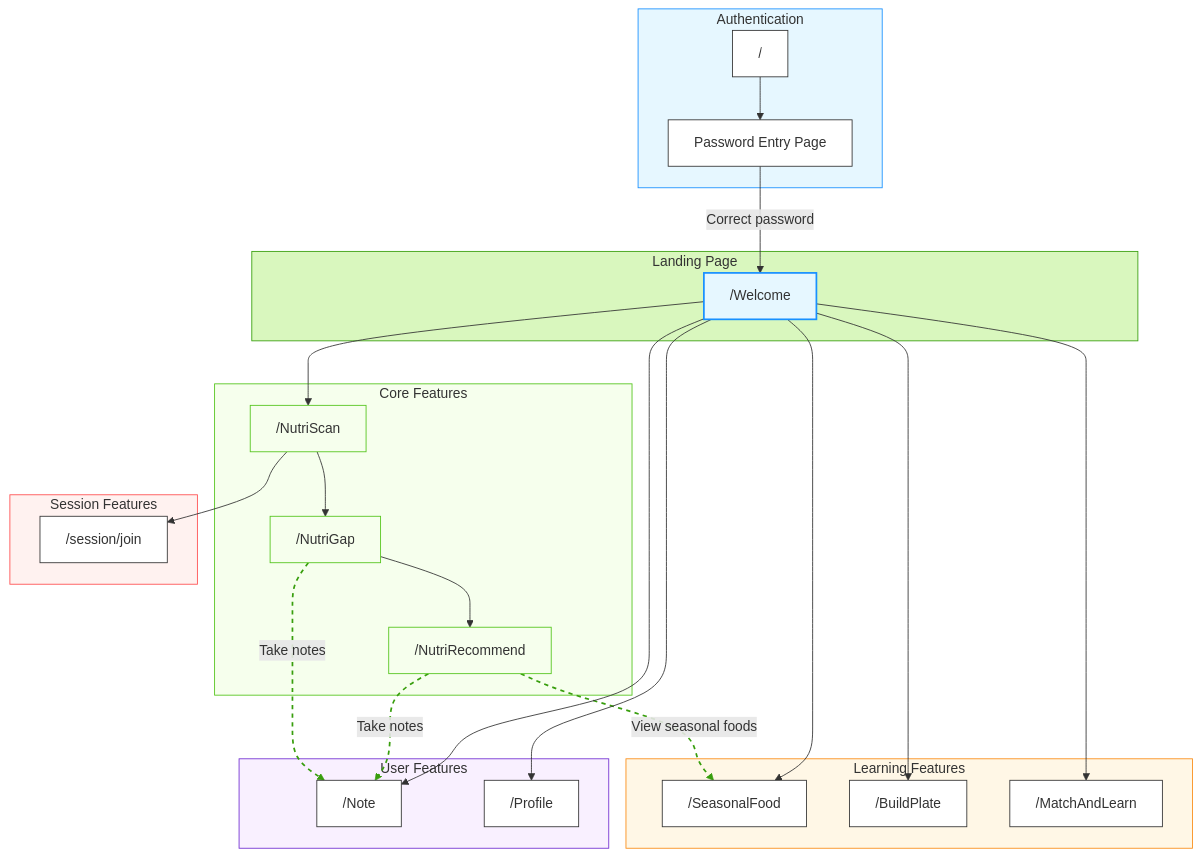
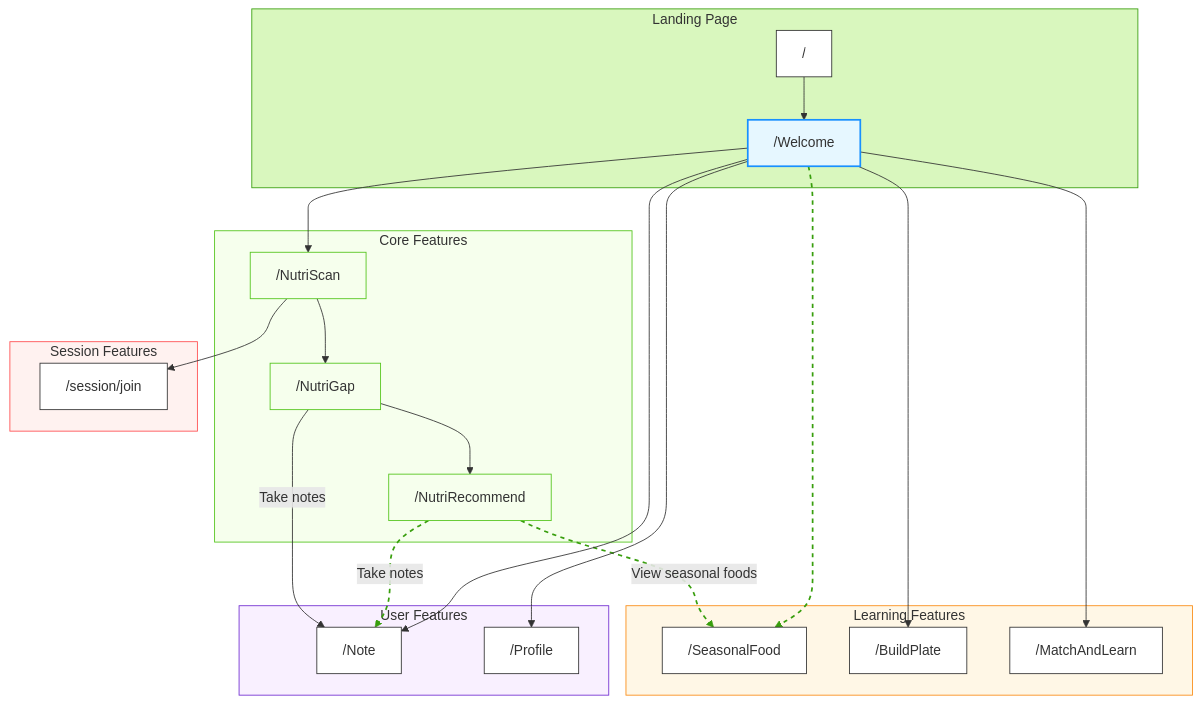
Before and after one commit to FIT5120-TA02/NutriPeek-frontend: the diagram in sitemap.md, drawn with Mermaid. The commit also changed 3 other files, not shown here.

Commit message:
Remove password authentication and redirect root to Welcome page

````diff
--- a/sitemap.md
+++ b/sitemap.md
@@ -1,65 +1,58 @@
 ```mermaid
 graph TD
     %% Main application structure
-    Root["/"] --> Password["Password Entry Page"]
-    Password -->|"Correct password"| Welcome["/Welcome"]
-    
-    %% Main navigation areas with color coding
-    subgraph Authentication [Authentication]
-        style Authentication fill:#e6f7ff,stroke:#1890ff
-        Root
-        Password
-    end
+    Root["/"] --> Welcome["/Welcome"]
     
     %% Welcome Landing Page as its own group
     subgraph LandingPage [Landing Page]
         style LandingPage fill:#d9f7be,stroke:#389e0d
+        Root
         Welcome
     end
     
     %% Core Features with sequential flow
     subgraph CoreFeatures [Core Features]
         style CoreFeatures fill:#f6ffed,stroke:#52c41a
         Welcome --> NutriScan["/NutriScan"]
         NutriScan --> NutriGap["/NutriGap"]
         NutriGap --> NutriRecommend["/NutriRecommend"]
     end
     
     %% Additional navigation paths
     NutriGap -->|"Take notes"| Note["/Note"]
     NutriRecommend -->|"Take notes"| Note
     NutriRecommend -->|"View seasonal foods"| SeasonalFood["/SeasonalFood"]
     
     %% Learning Features
     subgraph LearningFeatures [Learning Features]
         style LearningFeatures fill:#fff7e6,stroke:#fa8c16
         Welcome --> SeasonalFood
         Welcome --> BuildPlate["/BuildPlate"]
         Welcome --> MatchAndLearn["/MatchAndLearn"]
     end
     
     %% User Features
     subgraph UserFeatures [User Features]
         style UserFeatures fill:#f9f0ff,stroke:#722ed1
         Welcome --> Profile["/Profile"]
         Welcome --> Note
     end
     
     %% Session Features
     subgraph SessionFeatures [Session Features]
         style SessionFeatures fill:#fff2f0,stroke:#ff4d4f
         NutriScan["/NutriScan"] --> SessionJoin["/session/join"]
     end
     
     %% Styling for nodes
     classDef default fill:#fff,stroke:#333,stroke-width:1px;
     classDef active fill:#e6f7ff,stroke:#1890ff,stroke-width:2px;
     classDef feature fill:#f6ffed,stroke:#52c41a,stroke-width:1px;
     classDef pathway fill:#fff,stroke:#389e0d,stroke-width:2px,stroke-dasharray: 5 5;
     
     class Welcome active;
     class NutriScan,NutriGap,NutriRecommend feature;
     
     %% Apply pathway style to specific edges
     linkStyle 5,6,7 stroke:#389e0d,stroke-width:2px,stroke-dasharray: 5 5;
 ``` 
````
